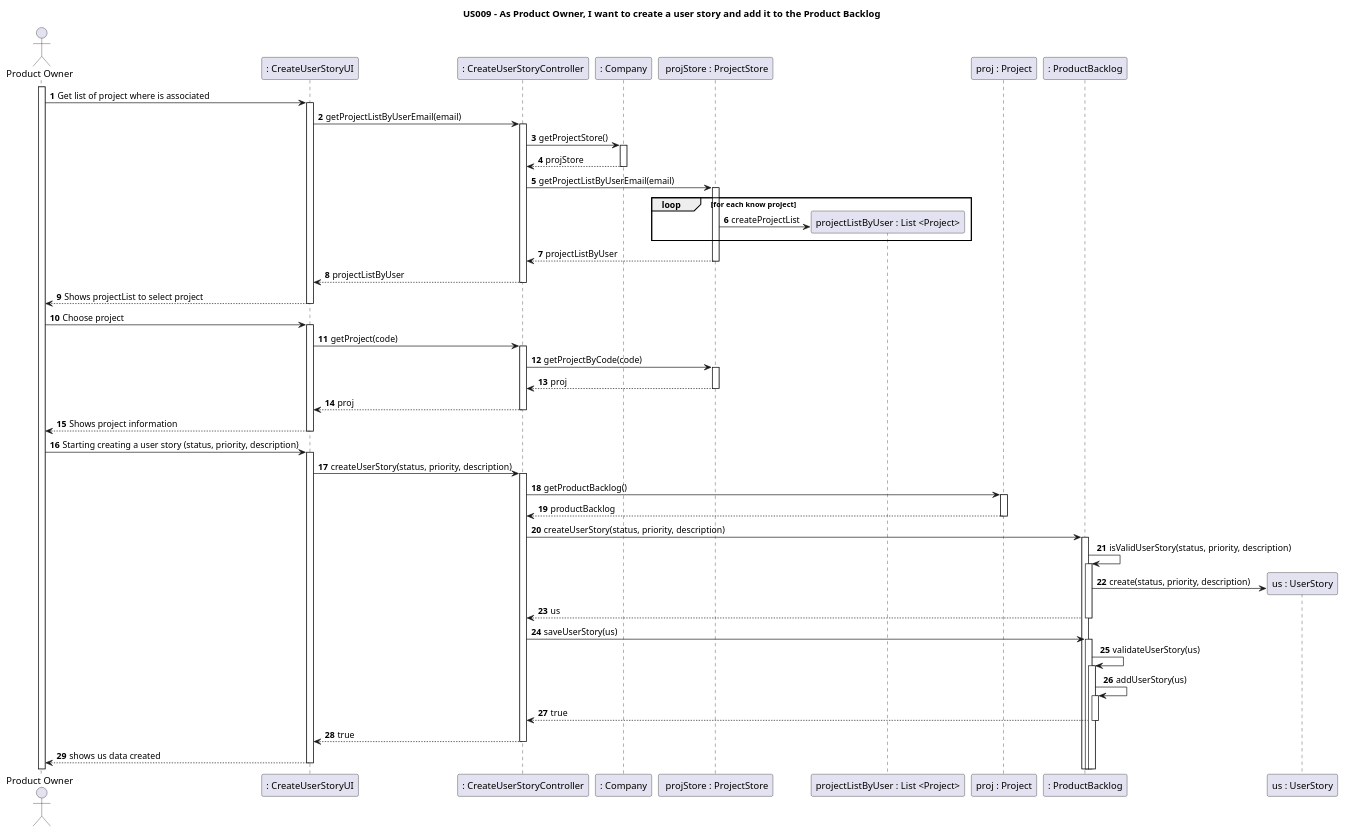
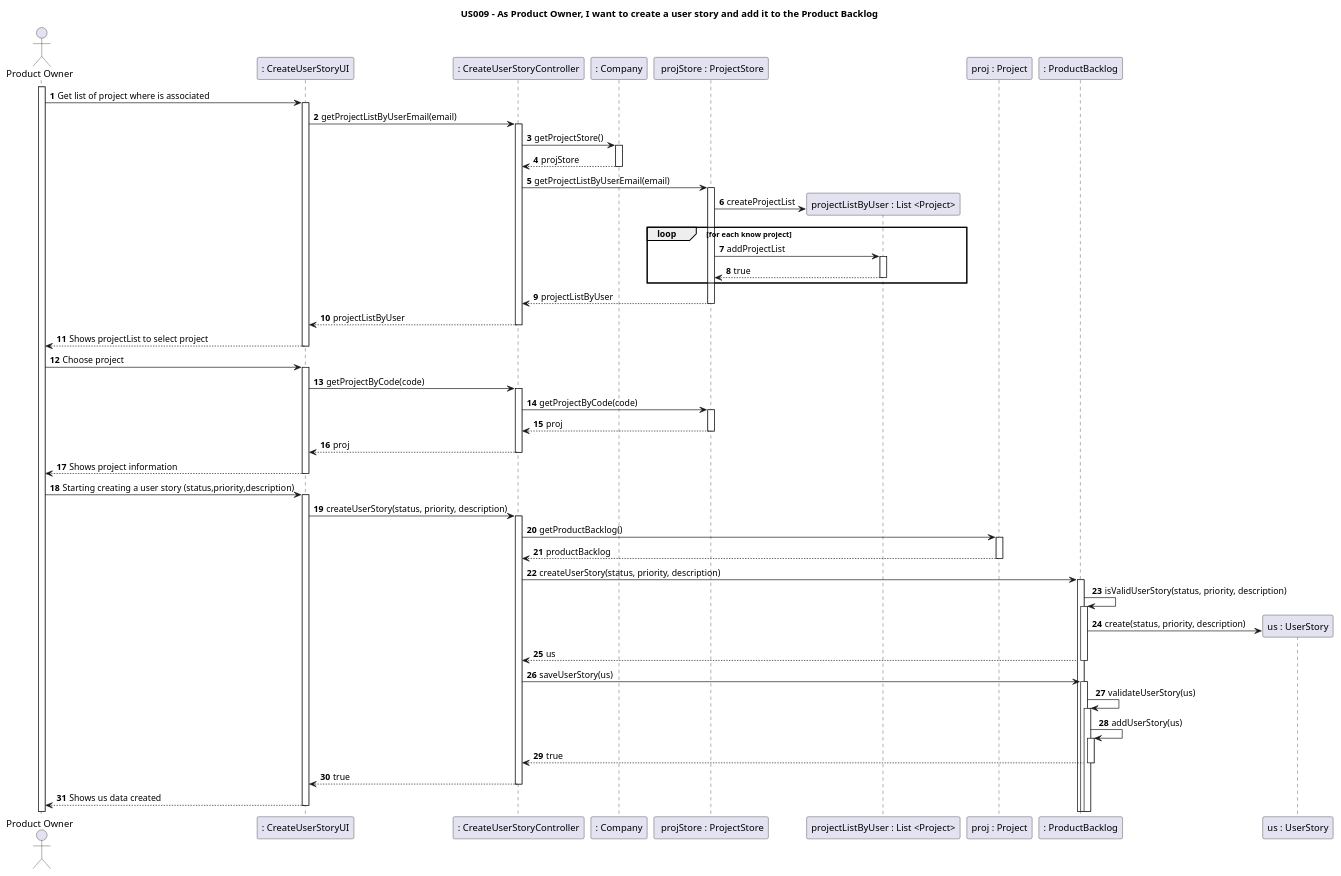
Before and after one commit to nunogon1211787/projectManagement: the diagram in docs/US009/US009-SD.puml, drawn with PlantUML. The commit also changed other lines of this file and 13 other files, not shown here.

```diff
--- a/docs/US009/US009-SD.puml
+++ b/docs/US009/US009-SD.puml
@@ -1,58 +1,60 @@
 @startuml
 'https://plantuml.com/sequence-diagram
 
 title US009 - As Product Owner, I want to create a user story and add it to the Product Backlog
 
 autoactivate on
 autonumber
 
 actor "Product Owner" as User
 participant ": CreateUserStoryUI" as System
 participant ": CreateUserStoryController" as Ctrl
 participant ": Company" as C1
 participant " projStore : ProjectStore" as C2
 participant "projectListByUser : List <Project>" as C2.1
 participant "proj : Project" as C3
 participant ": ProductBacklog" as C4
 participant "us : UserStory" as C5
 
 activate User
 
+
 User -> System: Get list of project where is associated
 System -> Ctrl: getProjectListByUserEmail(email)
 Ctrl -> C1: getProjectStore()
 C1 --> Ctrl: projStore
 Ctrl -> C2: getProjectListByUserEmail(email)
+C2 -> C2.1 ** : createProjectList
+
  loop for each know project
-C2 -> C2.1 ** : createProjectList
+C2->C2.1 : addProjectList
+C2.1-->C2 : true
 end
 
 C2 --> Ctrl: projectListByUser
 Ctrl --> System: projectListByUser
 System --> User : Shows projectList to select project
 
 User -> System: Choose project
-System -> Ctrl: getProject(code)
+System -> Ctrl: getProjectByCode(code)
 Ctrl -> C2 : getProjectByCode(code)
 C2 --> Ctrl : proj
 Ctrl --> System : proj
 System --> User :Shows project information
 
-User -> System: Starting creating a user story (status, priority, description)
-System ->Ctrl: createUserStory(status, priority, description)
-Ctrl -> C3 : getProductBacklog()
-C3-->Ctrl : productBacklog
-Ctrl->C4: createUserStory(status, priority, description)
-C4->C4:isValidUserStory(status, priority, description)
+User -> System: Starting creating a user story (status,priority,description)
+System -> Ctrl: createUserStory(status, priority, description)
+Ctrl-> C3 : getProductBacklog()
+C3 --> Ctrl : productBacklog
+Ctrl -> C4 : createUserStory(status, priority, description)
+C4->C4 : isValidUserStory(status, priority, description)
 C4 -> C5 ** : create(status, priority, description)
-C4-->Ctrl: us
+C4-->Ctrl : us
 Ctrl->C4 : saveUserStory(us)
 C4->C4 : validateUserStory(us)
 C4->C4 : addUserStory(us)
 C4-->Ctrl : true
-Ctrl-->System:true
-System--> User:shows us data created
-
-
+Ctrl --> System : true
+System --> User : Shows us data created
 
 @enduml
```
